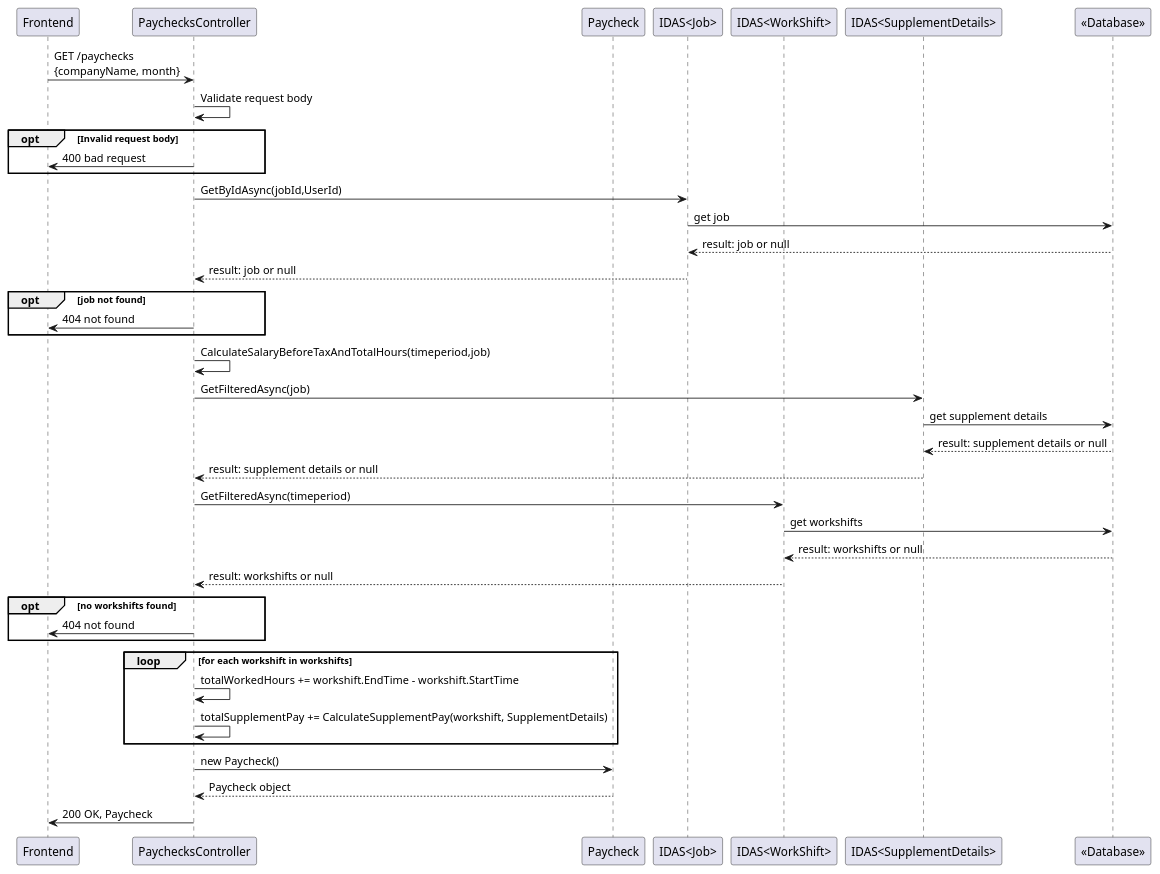
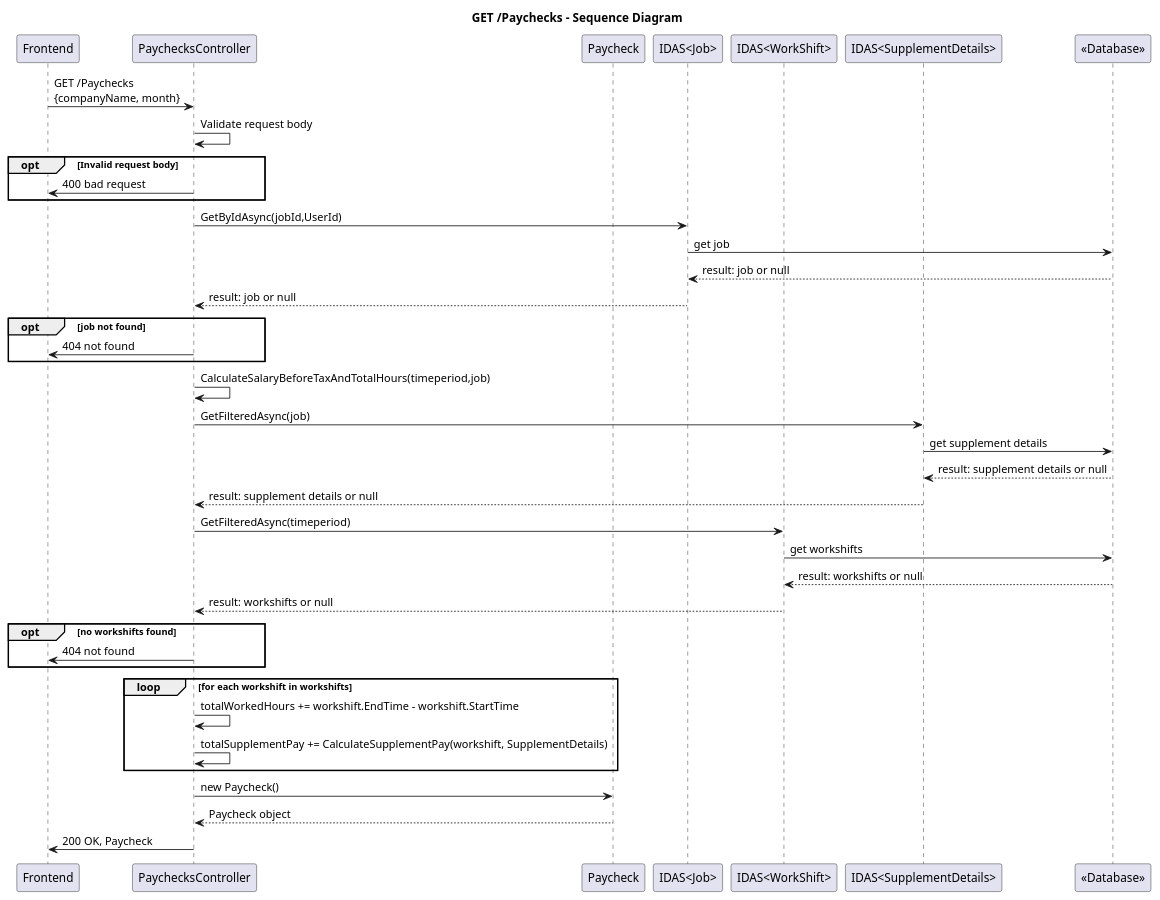
Before and after one commit to a-chiha/FinanceTrackerBackend: the diagram in diagrams/backend/generatePayCheckSeq.puml, drawn with PlantUML. The commit also changed 1 other file, not shown here.

```diff
--- a/diagrams/backend/generatePayCheckSeq.puml
+++ b/diagrams/backend/generatePayCheckSeq.puml
@@ -3,55 +3,57 @@
 @startuml
+
+title GET /Paychecks - Sequence Diagram
 
 participant "Frontend" as Frontend 
 participant "PaychecksController" as PaychecksController
 participant "Paycheck" as Paycheck
 participant "IDAS<Job>" as Job
 participant "IDAS<WorkShift>" as WorkShift
 participant "IDAS<SupplementDetails>" as SupplementDetails
 participant "<<Database>>" as Database
 
 
 
-Frontend -> PaychecksController: GET /paychecks\n{companyName, month}
+Frontend -> PaychecksController: GET /Paychecks\n{companyName, month}
 PaychecksController -> PaychecksController: Validate request body
 opt Invalid request body
 PaychecksController -> Frontend: 400 bad request 
 end
 
 PaychecksController -> Job: GetByIdAsync(jobId,UserId)
 Job -> Database: get job
 Database --> Job: result: job or null
 
 Job --> PaychecksController: result: job or null
 
 opt job not found
 PaychecksController -> Frontend: 404 not found
 end
 
 PaychecksController -> PaychecksController: CalculateSalaryBeforeTaxAndTotalHours(timeperiod,job)
 
 PaychecksController -> SupplementDetails: GetFilteredAsync(job)
 SupplementDetails -> Database: get supplement details
 Database --> SupplementDetails: result: supplement details or null
 SupplementDetails --> PaychecksController: result: supplement details or null
 PaychecksController -> WorkShift: GetFilteredAsync(timeperiod)
 WorkShift -> Database: get workshifts
 Database --> WorkShift: result: workshifts or null
 PaychecksController <-- WorkShift: result: workshifts or null
 
 opt no workshifts found
 PaychecksController -> Frontend: 404 not found
 
 end
 loop for each workshift in workshifts
 PaychecksController -> PaychecksController: totalWorkedHours += workshift.EndTime - workshift.StartTime
 
 PaychecksController -> PaychecksController: totalSupplementPay += CalculateSupplementPay(workshift, SupplementDetails)
 end
 
 PaychecksController -> Paycheck: new Paycheck()
 Paycheck --> PaychecksController: Paycheck object
 PaychecksController -> Frontend: 200 OK, Paycheck
 
 
 @enduml
```
